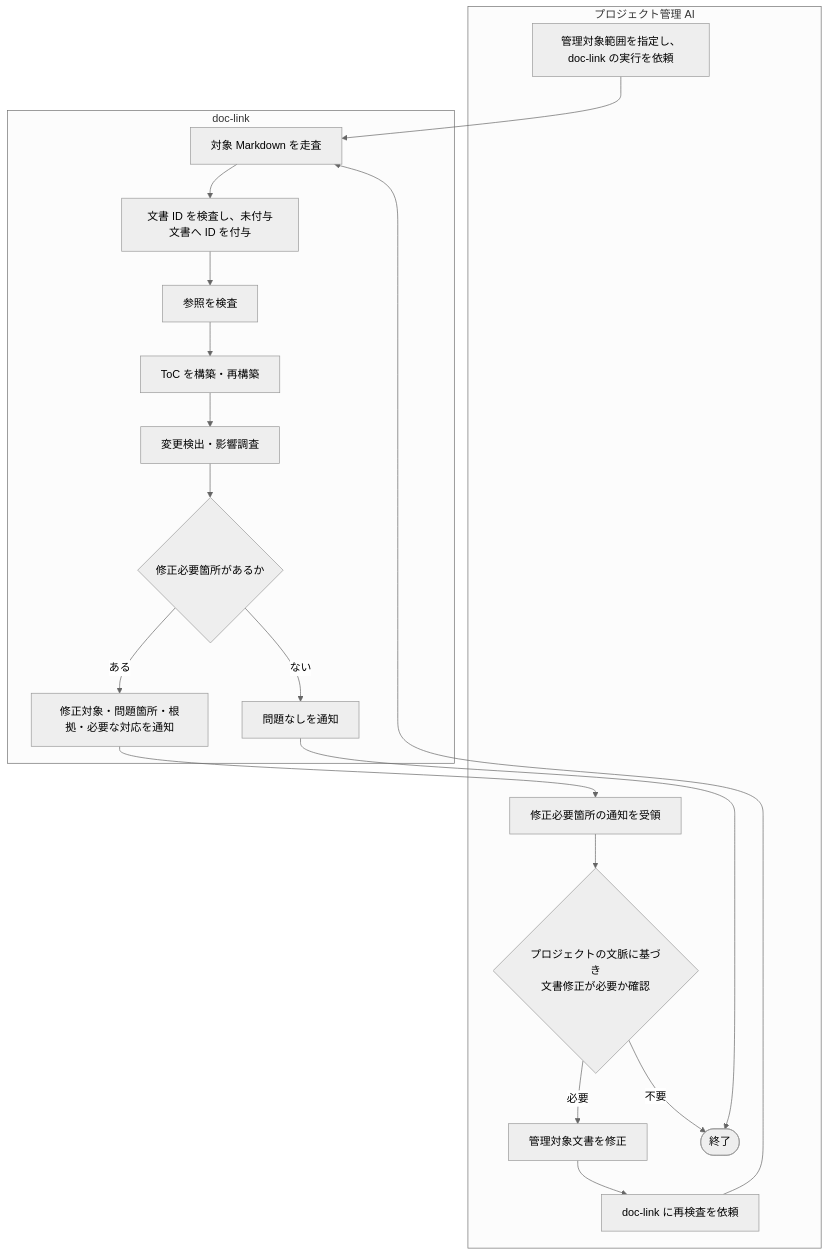
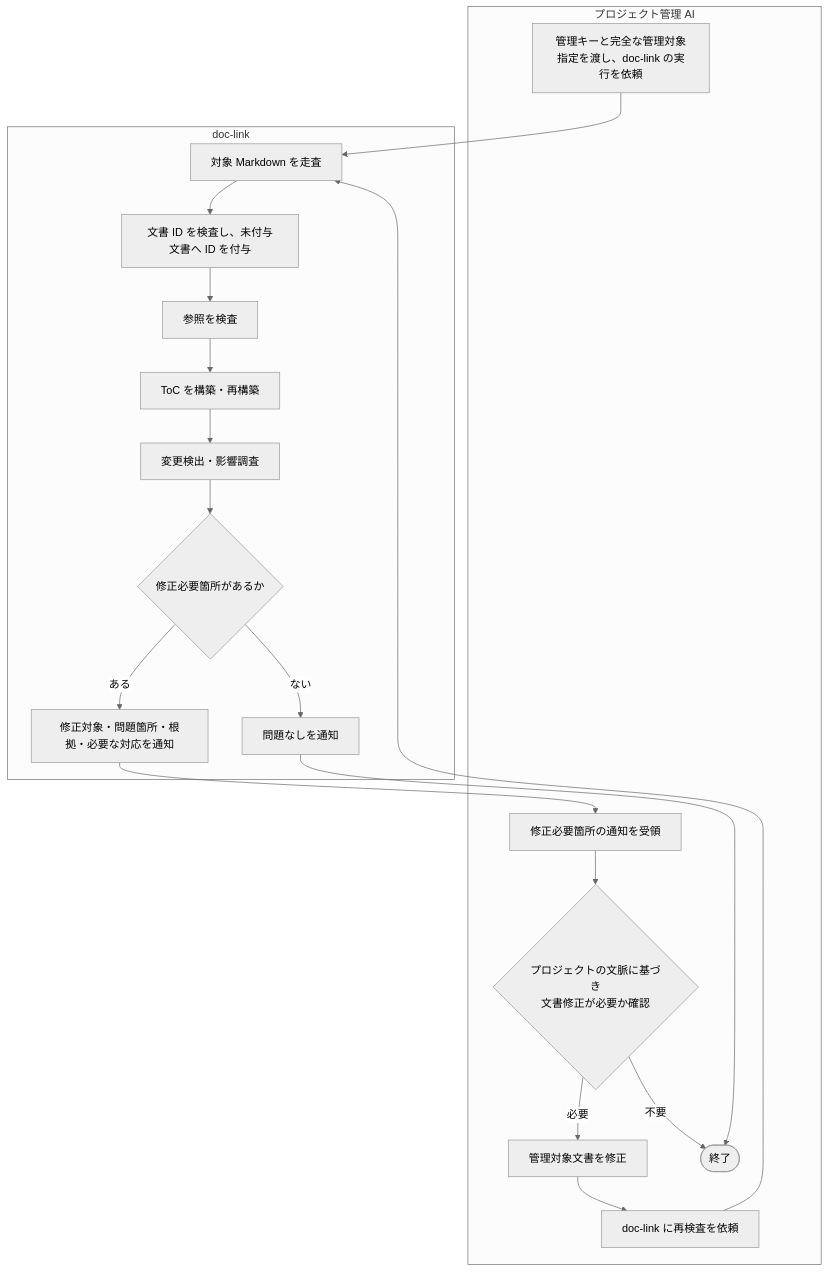
Before and after one commit to BlueEventHorizon/doc-link: the first of 3 diagrams in doc/spec/requirement/doc_link_requirements.md, drawn with Mermaid (neutral theme). The commit also changed other lines of this file, not shown here.

````diff
--- a/doc/spec/requirement/doc_link_requirements.md
+++ b/doc/spec/requirement/doc_link_requirements.md
@@ -42,40 +42,40 @@
 ```mermaid
 flowchart TB
     subgraph PROJECT_AI[プロジェクト管理 AI]
-        PA1[管理対象範囲を指定し、doc-link の実行を依頼]
+        PA1[管理キーと完全な管理対象指定を渡し、doc-link の実行を依頼]
         PA2[修正必要箇所の通知を受領]
         PA3{プロジェクトの文脈に基づき<br>文書修正が必要か確認}
         PA4[管理対象文書を修正]
         PA5[doc-link に再検査を依頼]
         PA6([終了])
 
         PA2 --> PA3
         PA3 -- 必要 --> PA4
         PA4 --> PA5
         PA3 -- 不要 --> PA6
     end
 
     subgraph DOC_LINK[doc-link]
         DL1[対象 Markdown を走査]
         DL2[文書 ID を検査し、未付与文書へ ID を付与]
         DL3[参照を検査]
         DL4[ToC を構築・再構築]
         DL5[変更検出・影響調査]
         DL6{修正必要箇所があるか}
         DL7[修正対象・問題箇所・根拠・必要な対応を通知]
         DL8[問題なしを通知]
 
         DL1 --> DL2
         DL2 --> DL3
         DL3 --> DL4
         DL4 --> DL5
         DL5 --> DL6
         DL6 -- ある --> DL7
         DL6 -- ない --> DL8
     end
 
     PA1 --> DL1
     DL7 --> PA2
     DL8 --> PA6
     PA5 --> DL1
 ```
````
